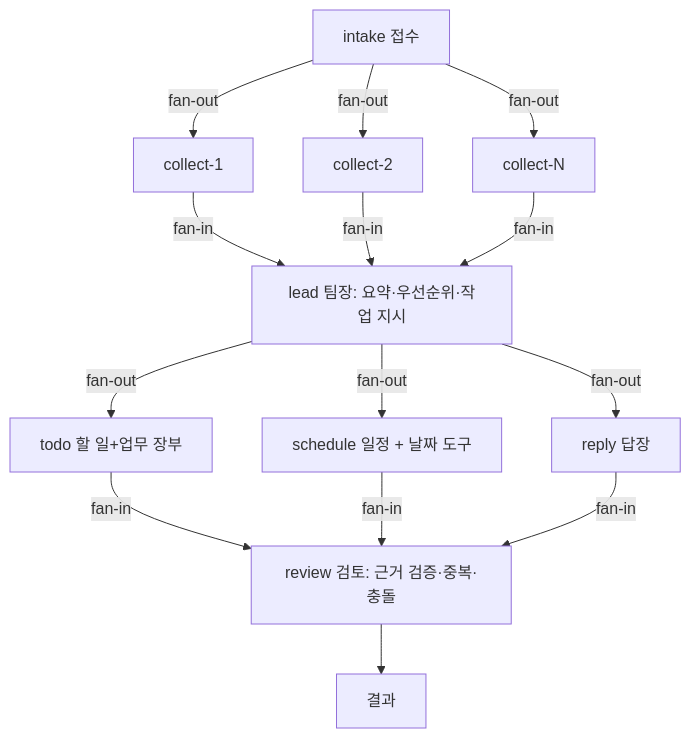
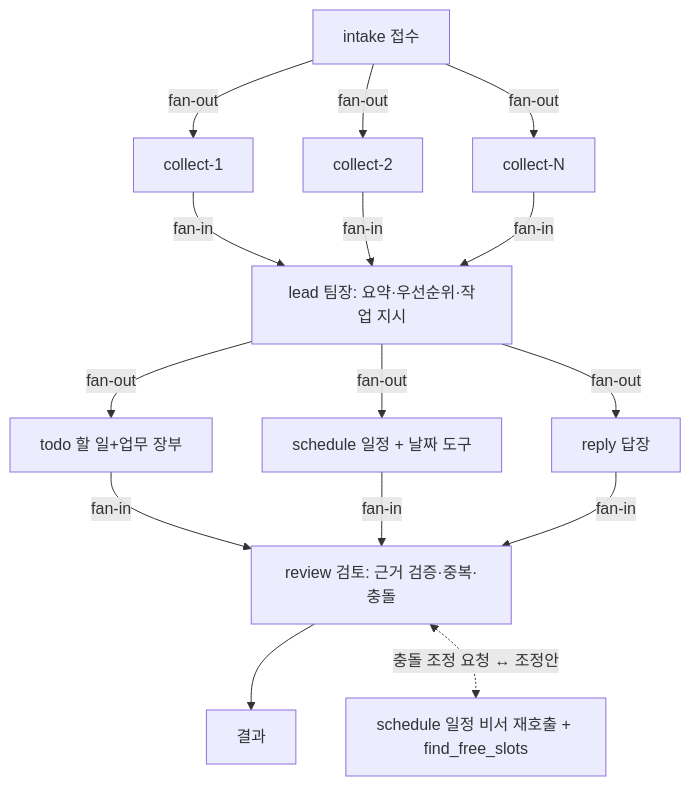
One commit to geonju-meditor/biseosil changed the second of 2 diagrams in TRD.md. Above: the diagram before and after it, drawn with Mermaid. The commit also changed other lines of this file and 8 other files, not shown here.

````diff
--- a/TRD.md
+++ b/TRD.md
@@ -59,7 +59,8 @@
 ```mermaid
 flowchart TD
   intake[intake 접수] -->|fan-out| c1[collect-1] & c2[collect-2] & cN[collect-N]
   c1 & c2 & cN -->|fan-in| lead[lead 팀장: 요약·우선순위·작업 지시]
   lead -->|fan-out| todo[todo 할 일+업무 장부] & schedule[schedule 일정 + 날짜 도구] & reply[reply 답장]
   todo & schedule & reply -->|fan-in| review[review 검토: 근거 검증·중복·충돌] --> out[결과]
+  review <-.->|충돌 조정 요청 ↔ 조정안| revise[schedule 일정 비서 재호출 + find_free_slots]
 ```
````
